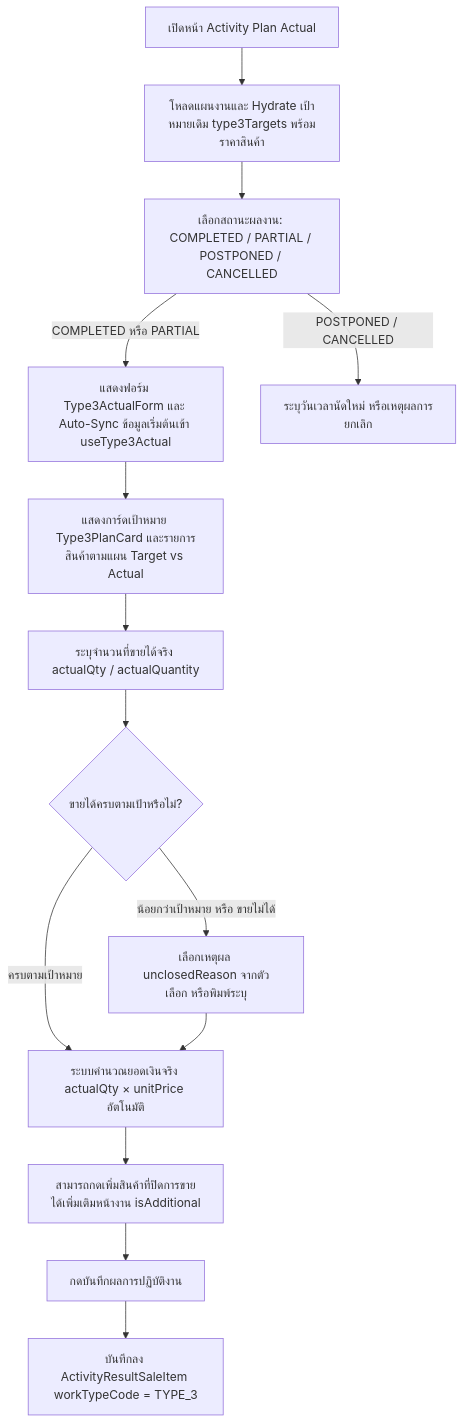
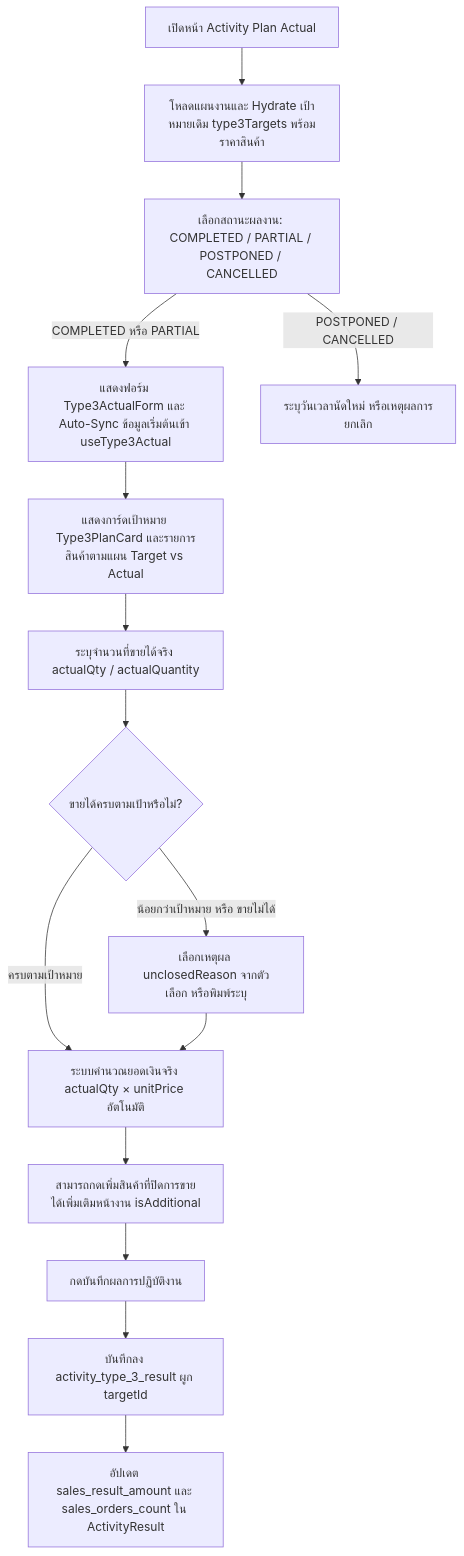
The second of 3 diagrams in modules/activity/features/type-3/README.md (bankhk10/crm-bank), drawn with Mermaid before and after one commit. The commit also changed other lines of this file and 19 other files, not shown here.

````diff
--- a/modules/activity/features/type-3/README.md
+++ b/modules/activity/features/type-3/README.md
@@ -63,16 +64,17 @@
 ```mermaid
 graph TD
     A["เปิดหน้า Activity Plan Actual"] --> B["โหลดแผนงานและ Hydrate เป้าหมายเดิม type3Targets พร้อมราคาสินค้า"]
     B --> C["เลือกสถานะผลงาน: COMPLETED / PARTIAL / POSTPONED / CANCELLED"]
     C -->|"COMPLETED หรือ PARTIAL"| D["แสดงฟอร์ม Type3ActualForm และ Auto-Sync ข้อมูลเริ่มต้นเข้า useType3Actual"]
     D --> E["แสดงการ์ดเป้าหมาย Type3PlanCard และรายการสินค้าตามแผน Target vs Actual"]
     E --> F["ระบุจำนวนที่ขายได้จริง actualQty / actualQuantity"]
     F --> G{"ขายได้ครบตามเป้าหรือไม่?"}
     G -->|"น้อยกว่าเป้าหมาย หรือ ขายไม่ได้"| H["เลือกเหตุผล unclosedReason จากตัวเลือก หรือพิมพ์ระบุ"]
     G -->|"ครบตามเป้าหมาย"| I["ระบบคำนวณยอดเงินจริง actualQty × unitPrice อัตโนมัติ"]
     H --> I
     I --> J["สามารถกดเพิ่มสินค้าที่ปิดการขายได้เพิ่มเติมหน้างาน isAdditional"]
     J --> K["กดบันทึกผลการปฏิบัติงาน"]
-    K --> L["บันทึกลง ActivityResultSaleItem workTypeCode = TYPE_3"]
-    C -->|"POSTPONED / CANCELLED"| M["ระบุวันเวลานัดใหม่ หรือเหตุผลการยกเลิก"]
+    K --> L["บันทึกลง activity_type_3_result ผูก targetId"]
+    L --> M["อัปเดต sales_result_amount และ sales_orders_count ใน ActivityResult"]
+    C -->|"POSTPONED / CANCELLED"| N["ระบุวันเวลานัดใหม่ หรือเหตุผลการยกเลิก"]
 ```
````
